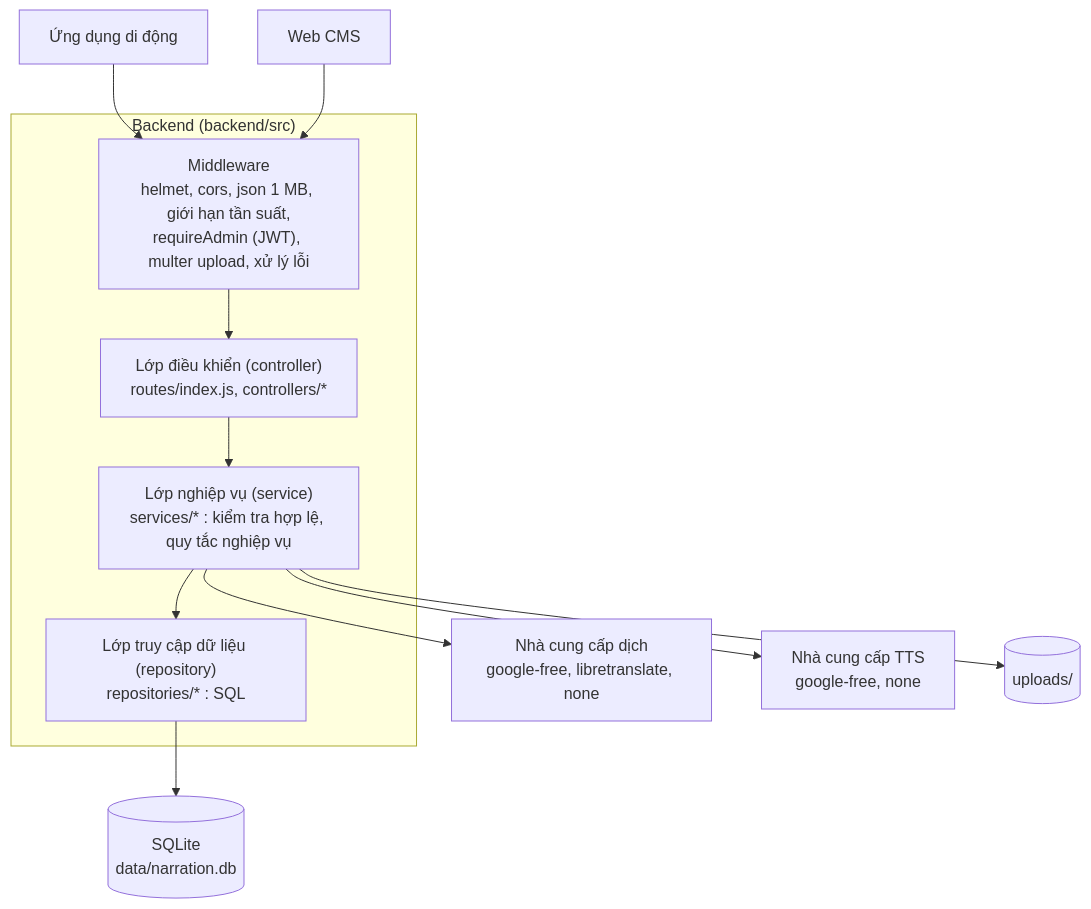
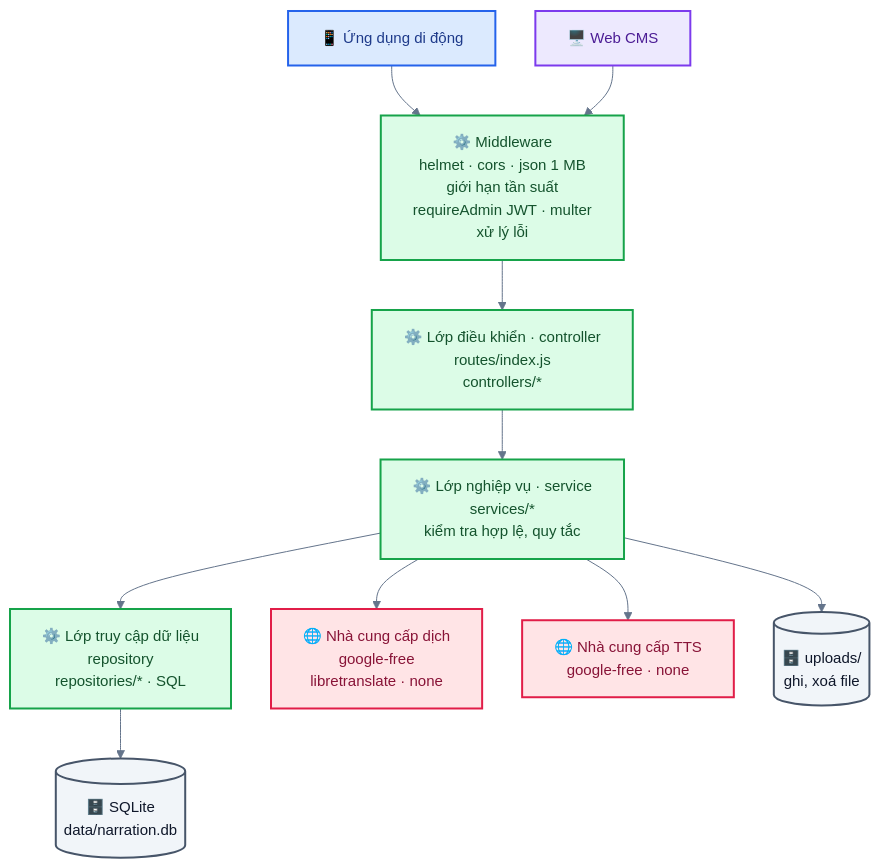
Before and after one commit to AiraLeFatale/CongNghePhanMem_Project: the second of 28 diagrams in docs/02-design.md, drawn with Mermaid. The commit also changed other lines of this file and 181 other files, not shown here.

````diff
--- a/docs/02-design.md
+++ b/docs/02-design.md
@@ -41,27 +50,28 @@
 ```mermaid
+%%{init: {"theme":"base","fontFamily":"Helvetica Neue, Arial, sans-serif","themeVariables":{"fontFamily":"Helvetica Neue, Arial, sans-serif","fontSize":"15px","primaryColor":"#EFF6FF","primaryBorderColor":"#3B82F6","primaryTextColor":"#0F172A","lineColor":"#64748B","secondaryColor":"#F0FDF4","tertiaryColor":"#FFFFFF","clusterBkg":"#F8FAFC","clusterBorder":"#CBD5E1","edgeLabelBackground":"#FFFFFF","noteBkgColor":"#FEF9C3","noteBorderColor":"#EAB308","actorBkg":"#DBEAFE","actorBorder":"#2563EB","actorTextColor":"#1E3A8A","signalColor":"#475569","signalTextColor":"#0F172A","labelBoxBkgColor":"#F1F5F9","labelBoxBorderColor":"#94A3B8","activationBkgColor":"#E0F2FE","activationBorderColor":"#0284C7","sequenceNumberColor":"#FFFFFF","pie1":"#16A34A","pie2":"#F59E0B","pie3":"#94A3B8","pie4":"#DC2626","pie5":"#2563EB","pie6":"#7C3AED","pieStrokeColor":"#FFFFFF","pieSectionTextColor":"#FFFFFF","quadrant1Fill":"#FEE2E2","quadrant2Fill":"#FEF3C7","quadrant3Fill":"#DCFCE7","quadrant4Fill":"#FEF3C7","quadrantPointFill":"#1E3A8A","quadrantPointTextFill":"#0F172A","git0":"#1E3A8A","gitBranchLabel0":"#FFFFFF","cScale0":"#DBEAFE","cScale1":"#DCFCE7","cScale2":"#EDE9FE","cScale3":"#FEF3C7","cScale4":"#FFE4E6","cScale5":"#E0F2FE","cScale6":"#F1F5F9"},"flowchart":{"curve":"basis","padding":16,"nodeSpacing":40,"rankSpacing":50},"sequence":{"showSequenceNumbers":true,"mirrorActors":false}}}%%
 flowchart TB
-    MOBILE["Ứng dụng di động"]
-    CMS["Web CMS"]
-
-    subgraph BACKEND["Backend (backend/src)"]
-        MW["Middleware<br/>helmet, cors, json 1 MB, giới hạn tần suất,<br/>requireAdmin (JWT), multer upload, xử lý lỗi"]
-        CTRL["Lớp điều khiển (controller)<br/>routes/index.js, controllers/*"]
-        SVC["Lớp nghiệp vụ (service)<br/>services/* : kiểm tra hợp lệ, quy tắc nghiệp vụ"]
-        REPO["Lớp truy cập dữ liệu (repository)<br/>repositories/* : SQL"]
-    end
-
-    TR["Nhà cung cấp dịch<br/>google-free, libretranslate, none"]
-    TTS["Nhà cung cấp TTS<br/>google-free, none"]
-    DB[("SQLite<br/>data/narration.db")]
-    FS[("uploads/")]
+    MOBILE["📱 Ứng dụng di động"]:::mobile
+    CMS["🖥️ Web CMS"]:::cms
+    MW["⚙️ Middleware<br/>helmet · cors · json 1 MB<br/>giới hạn tần suất<br/>requireAdmin JWT · multer<br/>xử lý lỗi"]:::backend
+    CTRL["⚙️ Lớp điều khiển · controller<br/>routes/index.js<br/>controllers/*"]:::backend
+    SVC["⚙️ Lớp nghiệp vụ · service<br/>services/*<br/>kiểm tra hợp lệ, quy tắc"]:::backend
+    REPO["⚙️ Lớp truy cập dữ liệu<br/>repository<br/>repositories/* · SQL"]:::backend
+    TR["🌐 Nhà cung cấp dịch<br/>google-free<br/>libretranslate · none"]:::ext
+    TTS["🌐 Nhà cung cấp TTS<br/>google-free · none"]:::ext
+    FS[("🗄️ uploads/<br/>ghi, xoá file")]:::data
+    DB[("🗄️ SQLite<br/>data/narration.db")]:::data
 
     MOBILE --> MW
     CMS --> MW
-    MW --> CTRL
-    CTRL --> SVC
+    MW --> CTRL --> SVC
     SVC --> REPO
     SVC --> TR
     SVC --> TTS
+    SVC --> FS
     REPO --> DB
-    SVC --> FS
+    classDef mobile fill:#DBEAFE,stroke:#2563EB,stroke-width:2px,color:#1E3A8A
+    classDef cms fill:#EDE9FE,stroke:#7C3AED,stroke-width:2px,color:#4C1D95
+    classDef backend fill:#DCFCE7,stroke:#16A34A,stroke-width:2px,color:#14532D
+    classDef ext fill:#FFE4E6,stroke:#E11D48,stroke-width:2px,color:#881337
+    classDef data fill:#F1F5F9,stroke:#475569,stroke-width:2px,color:#0F172A
 ```
````
